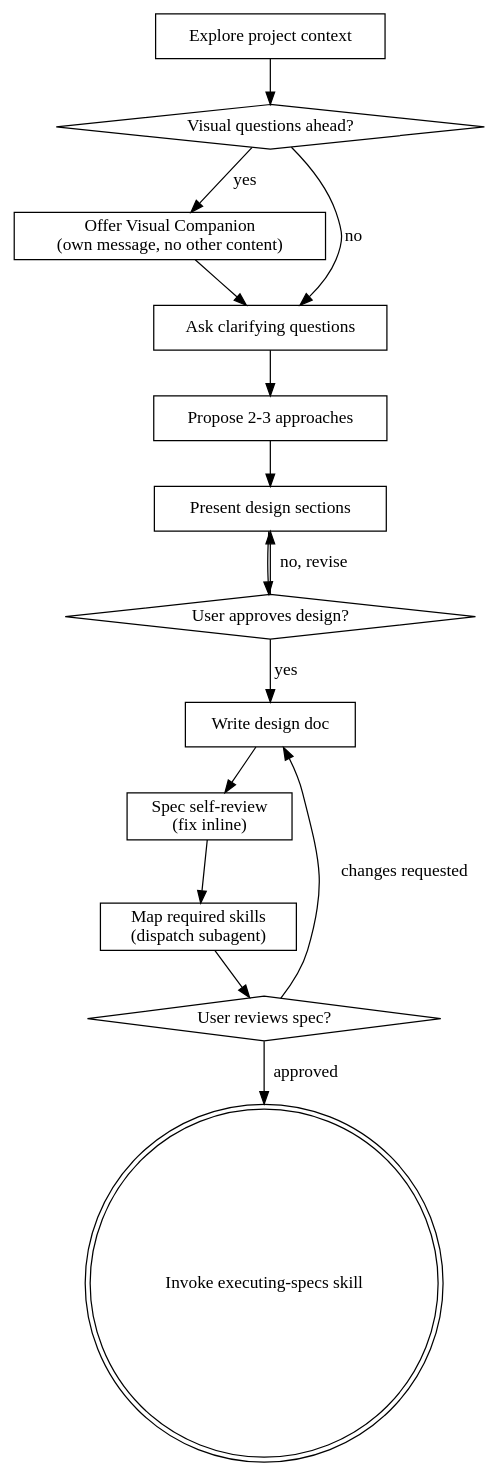
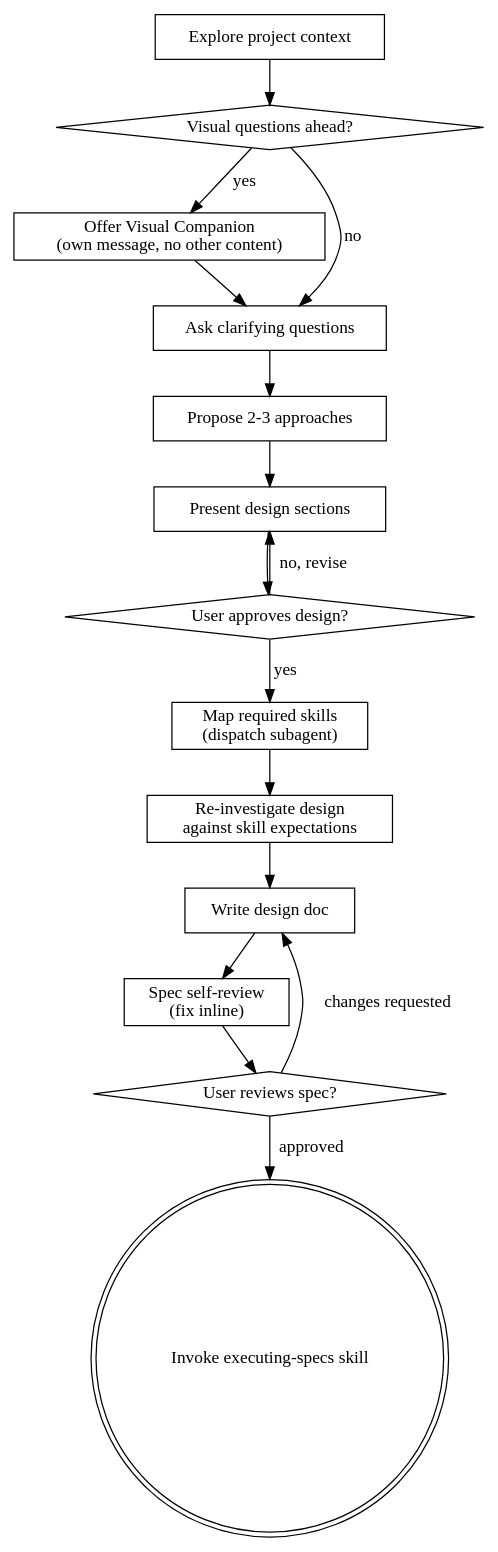
Before and after one commit to dgafka/superpowers: the diagram in skills/brainstorming/SKILL.md, drawn with Graphviz. The commit also changed other lines of this file and 1 other file, not shown here.

````diff
--- a/skills/brainstorming/SKILL.md
+++ b/skills/brainstorming/SKILL.md
@@ -37,31 +38,33 @@
 ```dot
 digraph brainstorming {
     "Explore project context" [shape=box];
     "Visual questions ahead?" [shape=diamond];
     "Offer Visual Companion\n(own message, no other content)" [shape=box];
     "Ask clarifying questions" [shape=box];
     "Propose 2-3 approaches" [shape=box];
     "Present design sections" [shape=box];
     "User approves design?" [shape=diamond];
+    "Map required skills\n(dispatch subagent)" [shape=box];
+    "Re-investigate design\nagainst skill expectations" [shape=box];
     "Write design doc" [shape=box];
     "Spec self-review\n(fix inline)" [shape=box];
-    "Map required skills\n(dispatch subagent)" [shape=box];
     "User reviews spec?" [shape=diamond];
     "Invoke executing-specs skill" [shape=doublecircle];
 
     "Explore project context" -> "Visual questions ahead?";
     "Visual questions ahead?" -> "Offer Visual Companion\n(own message, no other content)" [label="yes"];
     "Visual questions ahead?" -> "Ask clarifying questions" [label="no"];
     "Offer Visual Companion\n(own message, no other content)" -> "Ask clarifying questions";
     "Ask clarifying questions" -> "Propose 2-3 approaches";
     "Propose 2-3 approaches" -> "Present design sections";
     "Present design sections" -> "User approves design?";
     "User approves design?" -> "Present design sections" [label="no, revise"];
-    "User approves design?" -> "Write design doc" [label="yes"];
+    "User approves design?" -> "Map required skills\n(dispatch subagent)" [label="yes"];
+    "Map required skills\n(dispatch subagent)" -> "Re-investigate design\nagainst skill expectations";
+    "Re-investigate design\nagainst skill expectations" -> "Write design doc";
     "Write design doc" -> "Spec self-review\n(fix inline)";
-    "Spec self-review\n(fix inline)" -> "Map required skills\n(dispatch subagent)";
-    "Map required skills\n(dispatch subagent)" -> "User reviews spec?";
+    "Spec self-review\n(fix inline)" -> "User reviews spec?";
     "User reviews spec?" -> "Write design doc" [label="changes requested"];
     "User reviews spec?" -> "Invoke executing-specs skill" [label="approved"];
 }
 ```
````
